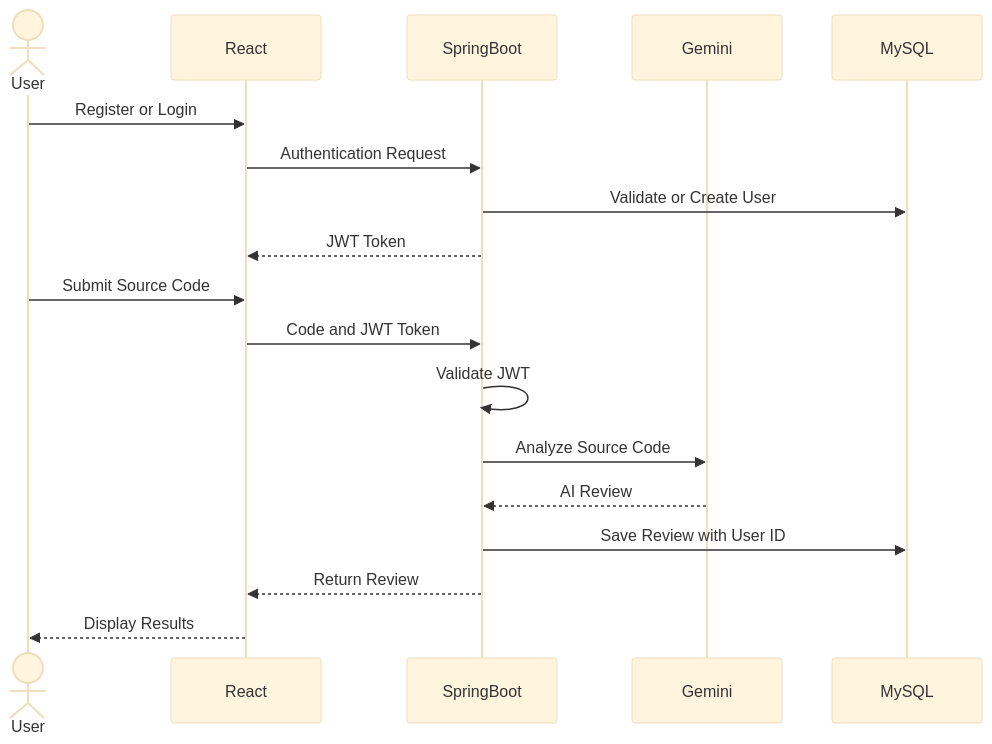
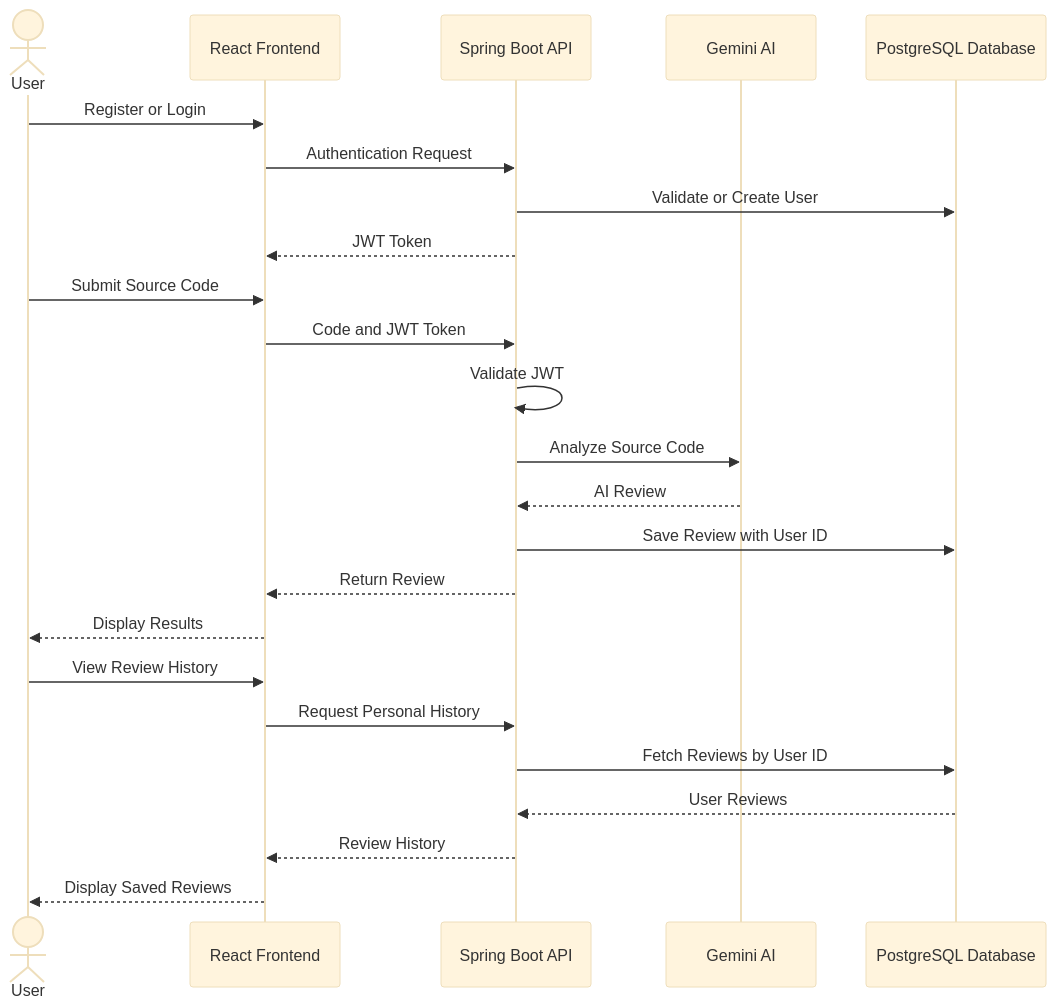
The second of 5 diagrams in README.md (leamary26/codepilot-ai), drawn with Mermaid (base theme) before and after one commit. The commit also changed other lines of this file, not shown here.

````diff
--- a/README.md
+++ b/README.md
@@ -135,22 +160,29 @@
 ```mermaid
 sequenceDiagram
     actor User
-    participant React
-    participant SpringBoot
-    participant Gemini
-    participant MySQL
+    participant React as React Frontend
+    participant SpringBoot as Spring Boot API
+    participant Gemini as Gemini AI
+    participant DB as PostgreSQL Database
 
     User->>React: Register or Login
     React->>SpringBoot: Authentication Request
-    SpringBoot->>MySQL: Validate or Create User
+    SpringBoot->>DB: Validate or Create User
     SpringBoot-->>React: JWT Token
 
     User->>React: Submit Source Code
     React->>SpringBoot: Code and JWT Token
     SpringBoot->>SpringBoot: Validate JWT
     SpringBoot->>Gemini: Analyze Source Code
     Gemini-->>SpringBoot: AI Review
-    SpringBoot->>MySQL: Save Review with User ID
+    SpringBoot->>DB: Save Review with User ID
     SpringBoot-->>React: Return Review
     React-->>User: Display Results
+
+    User->>React: View Review History
+    React->>SpringBoot: Request Personal History
+    SpringBoot->>DB: Fetch Reviews by User ID
+    DB-->>SpringBoot: User Reviews
+    SpringBoot-->>React: Review History
+    React-->>User: Display Saved Reviews
 ```
````
